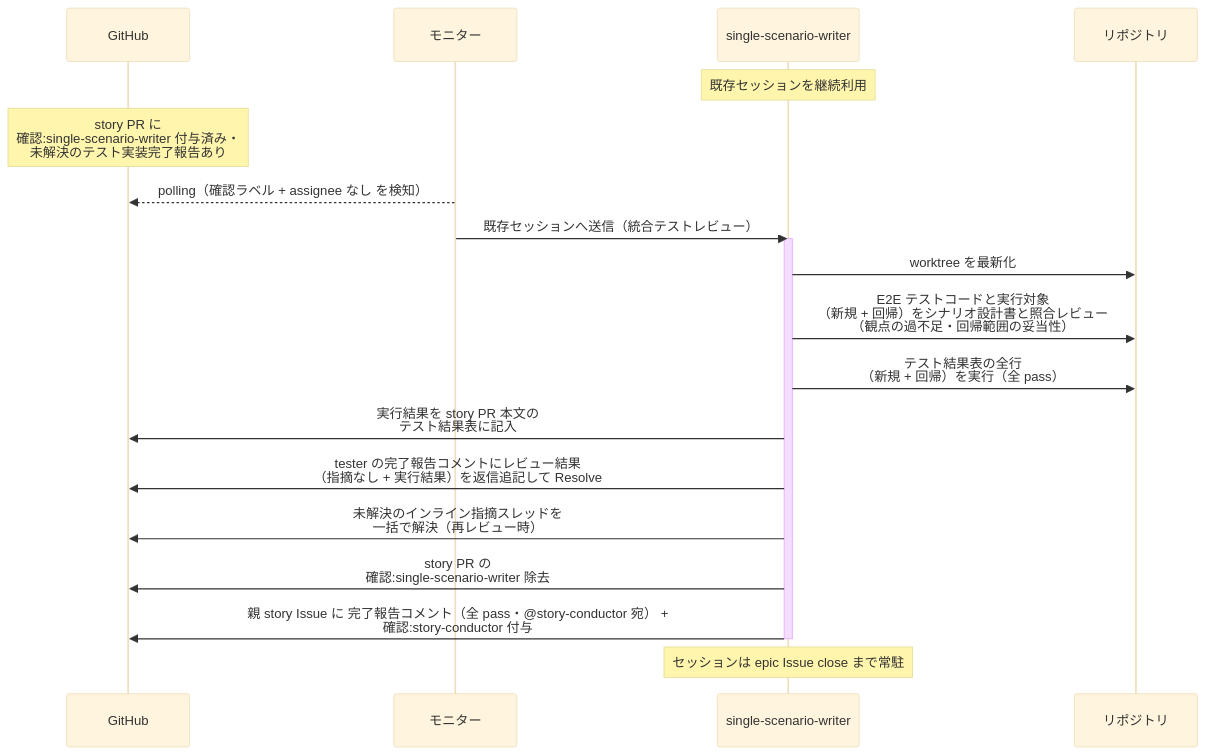
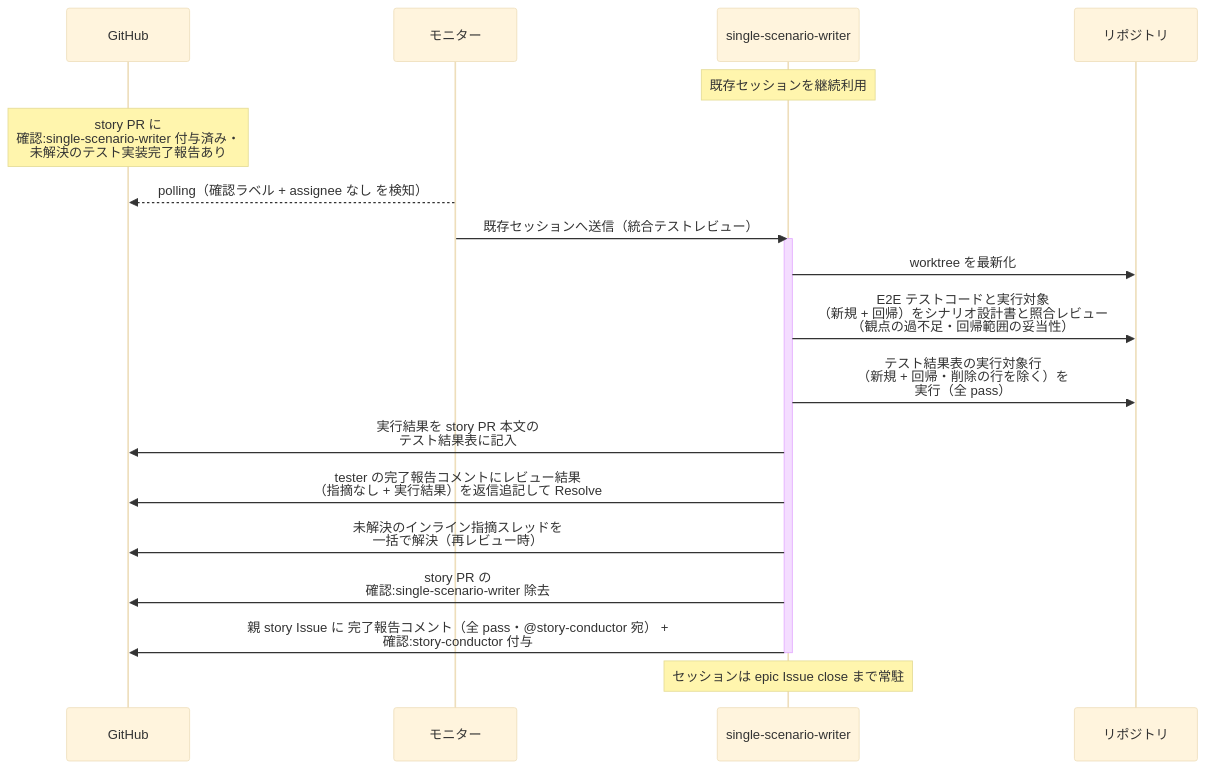
Before and after one commit to shuhei1101/ai-monitor: the first of 5 diagrams in docs/wiki/設計図/シナリオ/単一ユースケース/統合テストレビュー.md, drawn with Mermaid (base theme). The commit also changed other lines of this file and 8 other files, not shown here.

````diff
--- a/docs/wiki/設計図/シナリオ/単一ユースケース/統合テストレビュー.md
+++ b/docs/wiki/設計図/シナリオ/単一ユースケース/統合テストレビュー.md
@@ -37,23 +37,23 @@
 ```mermaid
 sequenceDiagram
   participant GH as GitHub
   participant ORC as モニター
   participant MON as single-scenario-writer
   participant REPO as リポジトリ
 
   Note over MON: 既存セッションを継続利用
   Note over GH: story PR に<br>確認:single-scenario-writer 付与済み・<br>未解決のテスト実装完了報告あり
   ORC-->>GH: polling（確認ラベル + assignee なし を検知）
   ORC->>MON: 既存セッションへ送信（統合テストレビュー）
   activate MON
   MON->>REPO: worktree を最新化
   MON->>REPO: E2E テストコードと実行対象<br>（新規 + 回帰）をシナリオ設計書と照合レビュー<br>（観点の過不足・回帰範囲の妥当性）
-  MON->>REPO: テスト結果表の全行<br>（新規 + 回帰）を実行（全 pass）
+  MON->>REPO: テスト結果表の実行対象行<br>（新規 + 回帰・削除の行を除く）を<br>実行（全 pass）
   MON->>GH: 実行結果を story PR 本文の<br>テスト結果表に記入
   MON->>GH: tester の完了報告コメントにレビュー結果<br>（指摘なし + 実行結果）を返信追記して Resolve
   MON->>GH: 未解決のインライン指摘スレッドを<br>一括で解決（再レビュー時）
   MON->>GH: story PR の<br>確認:single-scenario-writer 除去
   MON->>GH: 親 story Issue に 完了報告コメント（全 pass・@story-conductor 宛） +<br>確認:story-conductor 付与
   deactivate MON
   Note over MON: セッションは epic Issue close まで常駐
 ```
````
